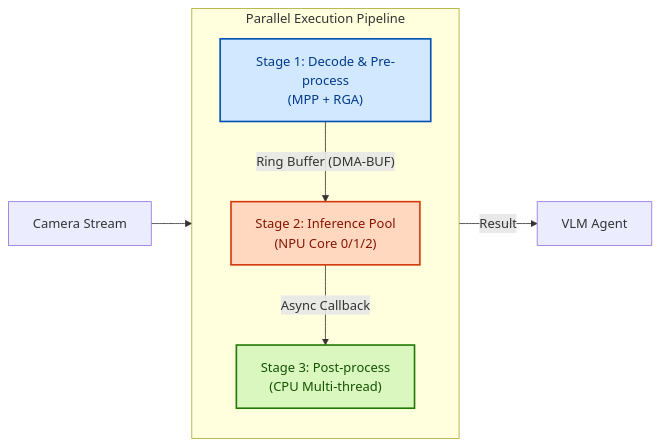
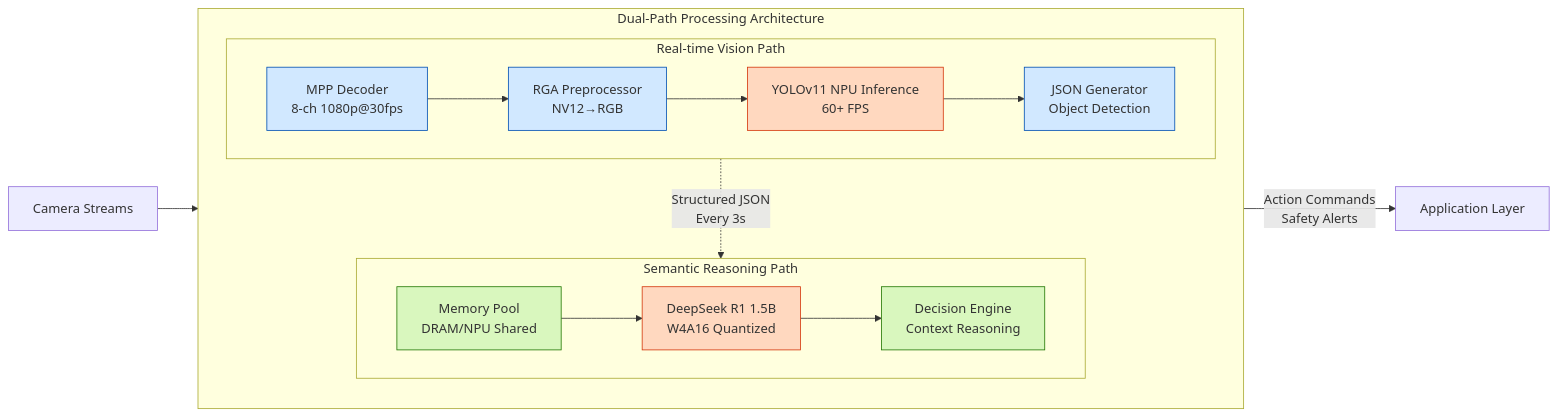
The diagram in README.md (WNPPP0114/RAVEN), drawn with Mermaid before and after one commit. The commit also changed other lines of this file, not shown here.

````diff
--- a/README.md
+++ b/README.md
@@ -36,18 +42,32 @@
 ```mermaid
 graph LR
-    subgraph "Parallel Execution Pipeline"
+    subgraph "Dual-Path Processing Architecture"
         direction TB
-        Stage1["Stage 1: Decode & Pre-process<br/>(MPP + RGA)"] 
-        Stage2["Stage 2: Inference Pool<br/>(NPU Core 0/1/2)"]
-        Stage3["Stage 3: Post-process<br/>(CPU Multi-thread)"]
+        
+        subgraph "Real-time Vision Path"
+            direction LR
+            V1["MPP Decoder<br/>8-ch 1080p@30fps"] --> V2["RGA Preprocessor<br/>NV12→RGB"]
+            V2 --> V3["YOLOv11 NPU Inference<br/>60+ FPS"]
+            V3 --> V4["JSON Generator<br/>Object Detection"]
+        end
+        
+        subgraph "Semantic Reasoning Path"
+            direction LR
+            R1["Memory Pool<br/>DRAM/NPU Shared"] --> R2["DeepSeek R1 1.5B<br/>W4A16 Quantized"]
+            R2 --> R3["Decision Engine<br/>Context Reasoning"]
+        end
+        
+        V4 -.->|"Structured JSON<br/>Every 3s"| R1
     end
 
-    Cam[Camera Stream] --> Stage1
-    Stage1 -->|"Ring Buffer (DMA-BUF)"| Stage2
-    Stage2 -->|"Async Callback"| Stage3
-    Stage3 -->|"Result"| App[VLM Agent]
+    Cam[Camera Streams] --> V1
+    R3 -->|"Action Commands<br/>Safety Alerts"| App[Application Layer]
 
-    style Stage1 fill:#D1E8FF,stroke:#0050B3,stroke-width:2px,color:#003A8C
-    style Stage2 fill:#FFD8BF,stroke:#D4380D,stroke-width:2px,color:#871400
-    style Stage3 fill:#D9F7BE,stroke:#237804,stroke-width:2px,color:#135200
+    style V1 fill:#D1E8FF,stroke:#0050B3
+    style V2 fill:#D1E8FF,stroke:#0050B3
+    style V3 fill:#FFD8BF,stroke:#D4380D
+    style V4 fill:#D1E8FF,stroke:#0050B3
+    style R1 fill:#D9F7BE,stroke:#237804
+    style R2 fill:#FFD8BF,stroke:#D4380D
+    style R3 fill:#D9F7BE,stroke:#237804
 ```
````
